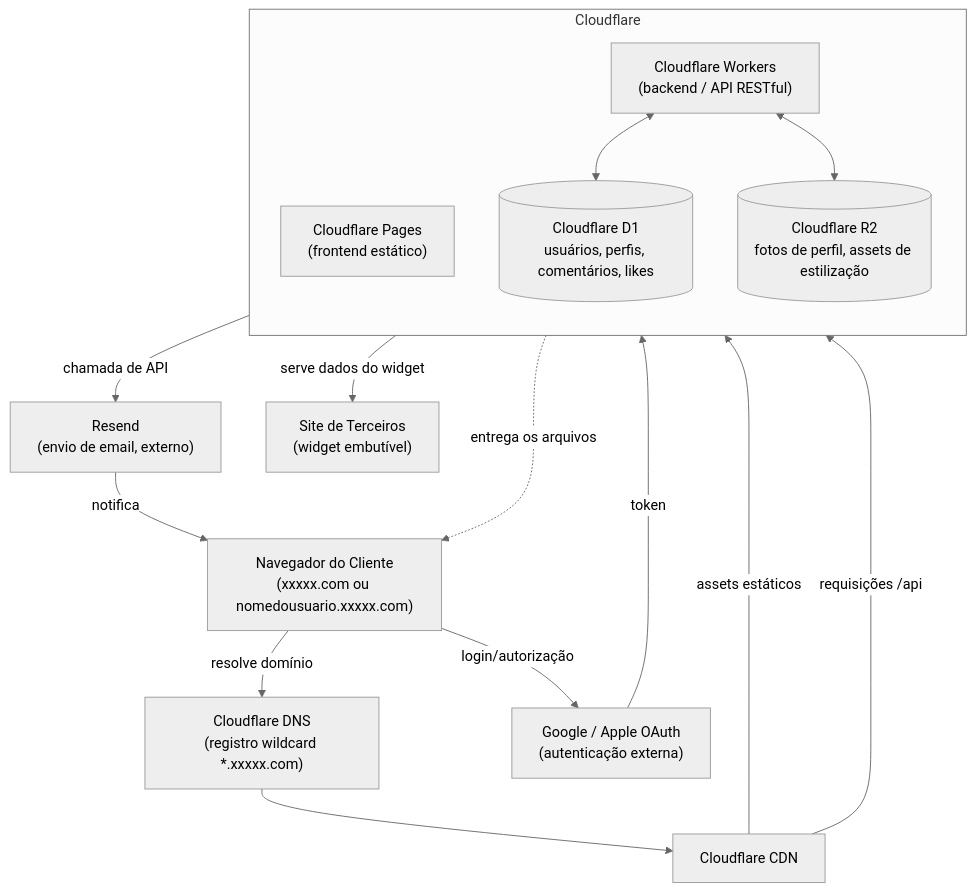
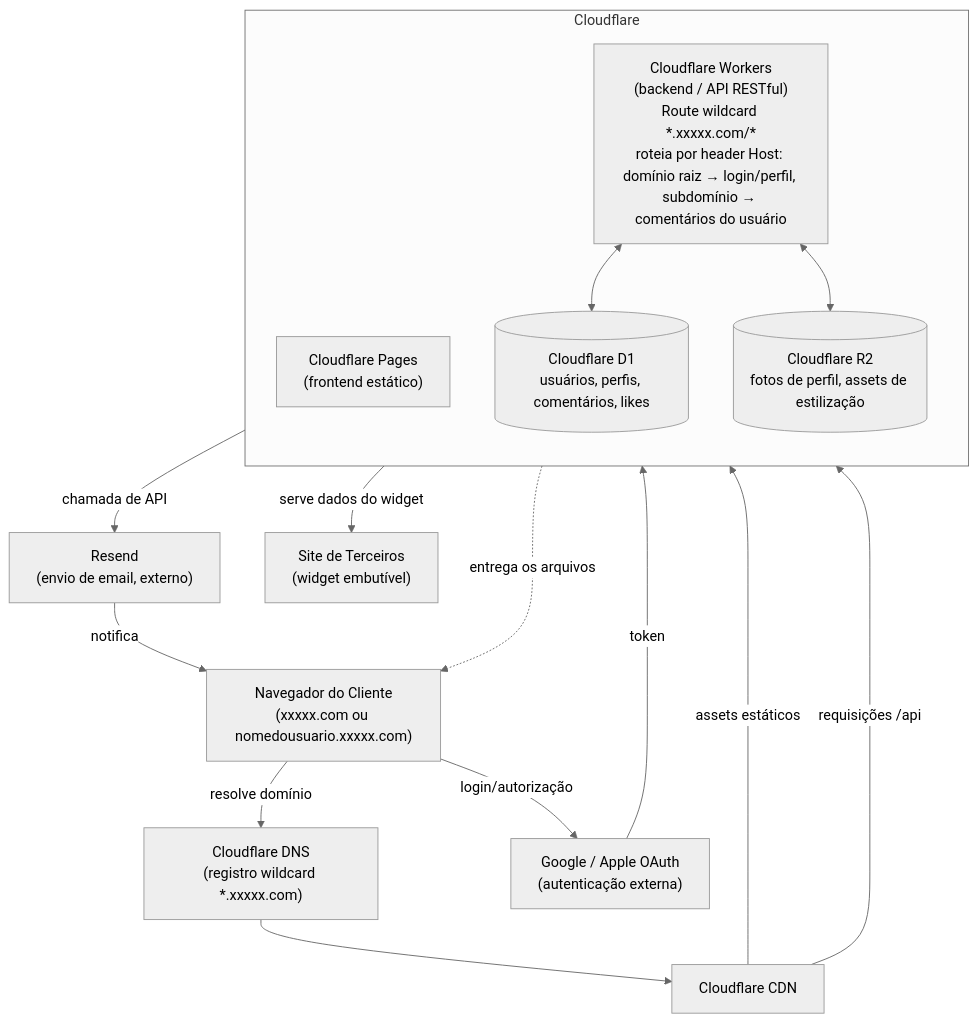
The diagram in docs/diagrama_de_blocos.md (MineGuestBook/GuestBook), drawn with Mermaid (neutral theme) before and after one commit. The commit also changed other lines of this file, not shown here.

Commit message:
Enhance Cloudflare Workers and domain handling details
Updated the Cloudflare Workers description to include routing details and clarified domain handling for user comments.

````diff
--- a/docs/diagrama_de_blocos.md
+++ b/docs/diagrama_de_blocos.md
@@ -5,36 +5,36 @@
 ```mermaid
 flowchart TB
     Client["Navegador do Cliente<br/>(xxxxx.com ou nomedousuario.xxxxx.com)"]
 
     DNS["Cloudflare DNS<br/>(registro wildcard *.xxxxx.com)"]
     CDN["Cloudflare CDN"]
 
     subgraph Cloudflare["Cloudflare"]
         direction TB
 
         Pages["Cloudflare Pages<br/>(frontend estático)"]
-        Workers["Cloudflare Workers<br/>(backend / API RESTful)"]
+        Workers["Cloudflare Workers<br/>(backend / API RESTful)<br/>Route wildcard *.xxxxx.com/*<br/>roteia por header Host: domínio raiz → login/perfil, subdomínio → comentários do usuário"]
         D1[("Cloudflare D1<br/>usuários, perfis, comentários, likes")]
         R2[("Cloudflare R2<br/>fotos de perfil, assets de estilização")]
     end
 
     OAuth["Google / Apple OAuth<br/>(autenticação externa)"]
     Resend["Resend<br/>(envio de email, externo)"]
     ThirdPartySite["Site de Terceiros<br/>(widget embutível)"]
 
     Client -->|resolve domínio| DNS
     DNS --> CDN
     CDN -->|assets estáticos| Pages
     CDN -->|requisições /api| Workers
 
     Pages -.->|entrega os arquivos| Client
     Workers <--> D1
     Workers <--> R2
     Workers -->|chamada de API| Resend
     Resend -->|notifica| Client
 
     Client -->|login/autorização| OAuth
     OAuth -->|token| Workers
 
     Workers -->|serve dados do widget| ThirdPartySite
 ```
````
